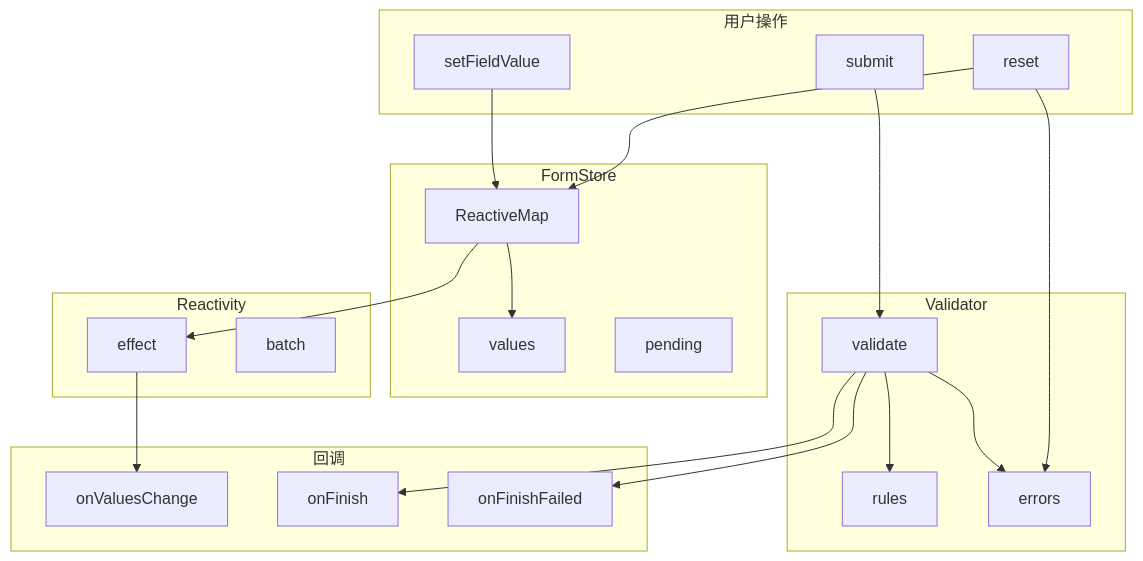
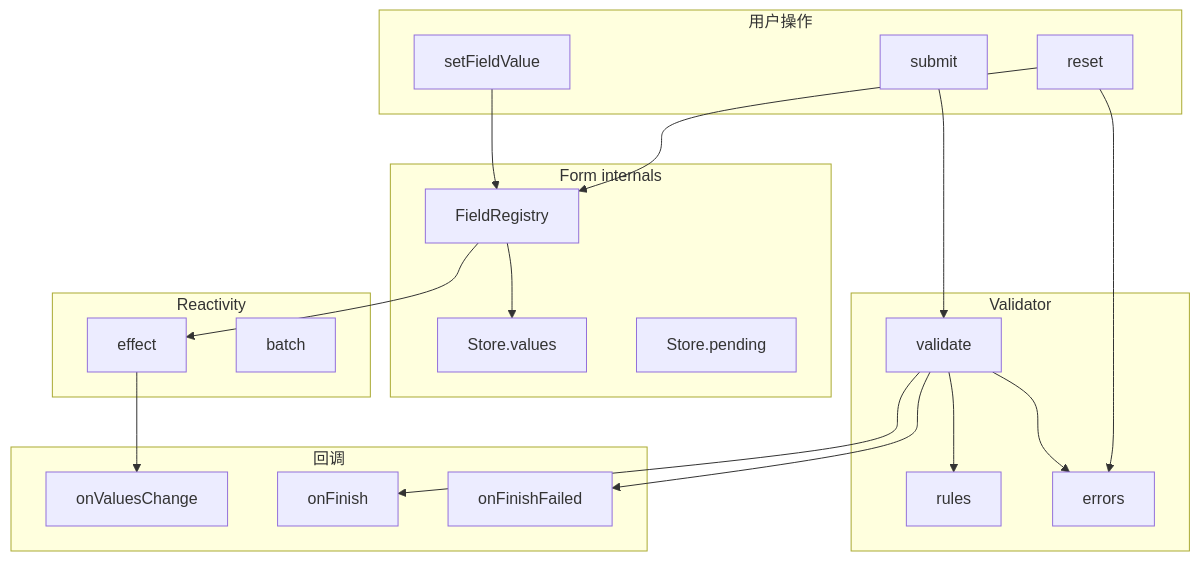
One commit to Jiohon/schemx changed the second of 6 diagrams in packages/core/README.md. Above: the diagram before and after it, drawn with Mermaid. The commit also changed other lines of this file and 144 other files, not shown here.

First line of the commit message:
refactor(core)!: 重构表单运行时 graph 架构

````diff
--- a/packages/core/README.md
+++ b/packages/core/README.md
@@ -361,45 +390,45 @@
 ```mermaid
 flowchart TB
     subgraph "用户操作"
         A[setFieldValue]
         B[submit]
         C[reset]
     end
 
-    subgraph "FormStore"
-        D[ReactiveMap]
-        E[values]
-        F[pending]
+    subgraph "Form internals"
+        D[FieldRegistry]
+        E[Store.values]
+        F[Store.pending]
     end
 
     subgraph "Validator"
         G[rules]
         H[errors]
         I[validate]
     end
 
     subgraph "Reactivity"
         J[effect]
         K[batch]
     end
 
     subgraph "回调"
         L[onValuesChange]
         M[onFinish]
         N[onFinishFailed]
     end
 
     A --> D
     D --> E
     D --> J
     J --> L
 
     B --> I
     I --> G
     I --> H
     I --> M
     I --> N
 
     C --> D
     C --> H
 ```
````
